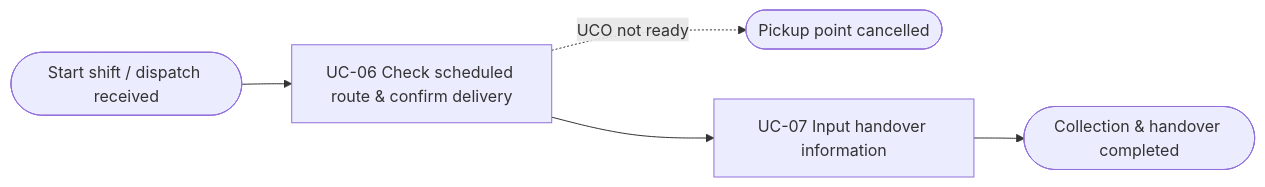
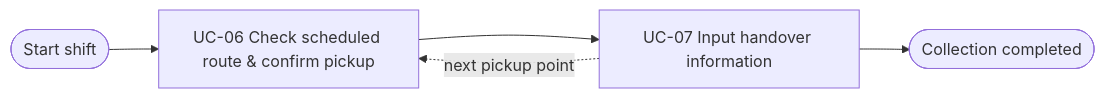
Before and after one commit to thuyvicbh-alt/DBIZ2---GROUP-D: the second of 4 diagrams in docs/external-design/usage-flow.md, drawn with Mermaid. The commit also changed other lines of this file, not shown here.

````diff
--- a/docs/external-design/usage-flow.md
+++ b/docs/external-design/usage-flow.md
@@ -61,7 +50,7 @@
 ```mermaid
 flowchart LR
-  A(["Start shift / dispatch received"]) --> U6["UC-06 Check scheduled route & confirm delivery"]
-  U6 -.->|"UCO not ready"| Z1(["Pickup point cancelled"])
+  A(["Start shift"]) --> U6["UC-06 Check scheduled route & confirm pickup"]
   U6 --> U7["UC-07 Input handover information"]
-  U7 --> Z2(["Collection & handover completed"])
+  U7 -.->|"next pickup point"| U6
+  U7 --> Z(["Collection completed"])
 ```
````
